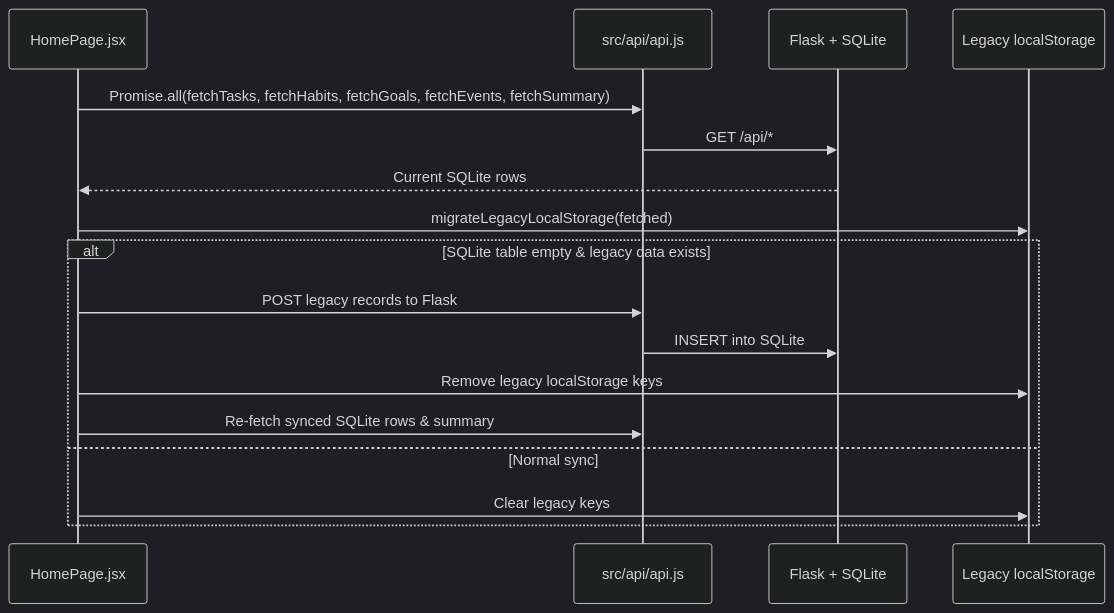
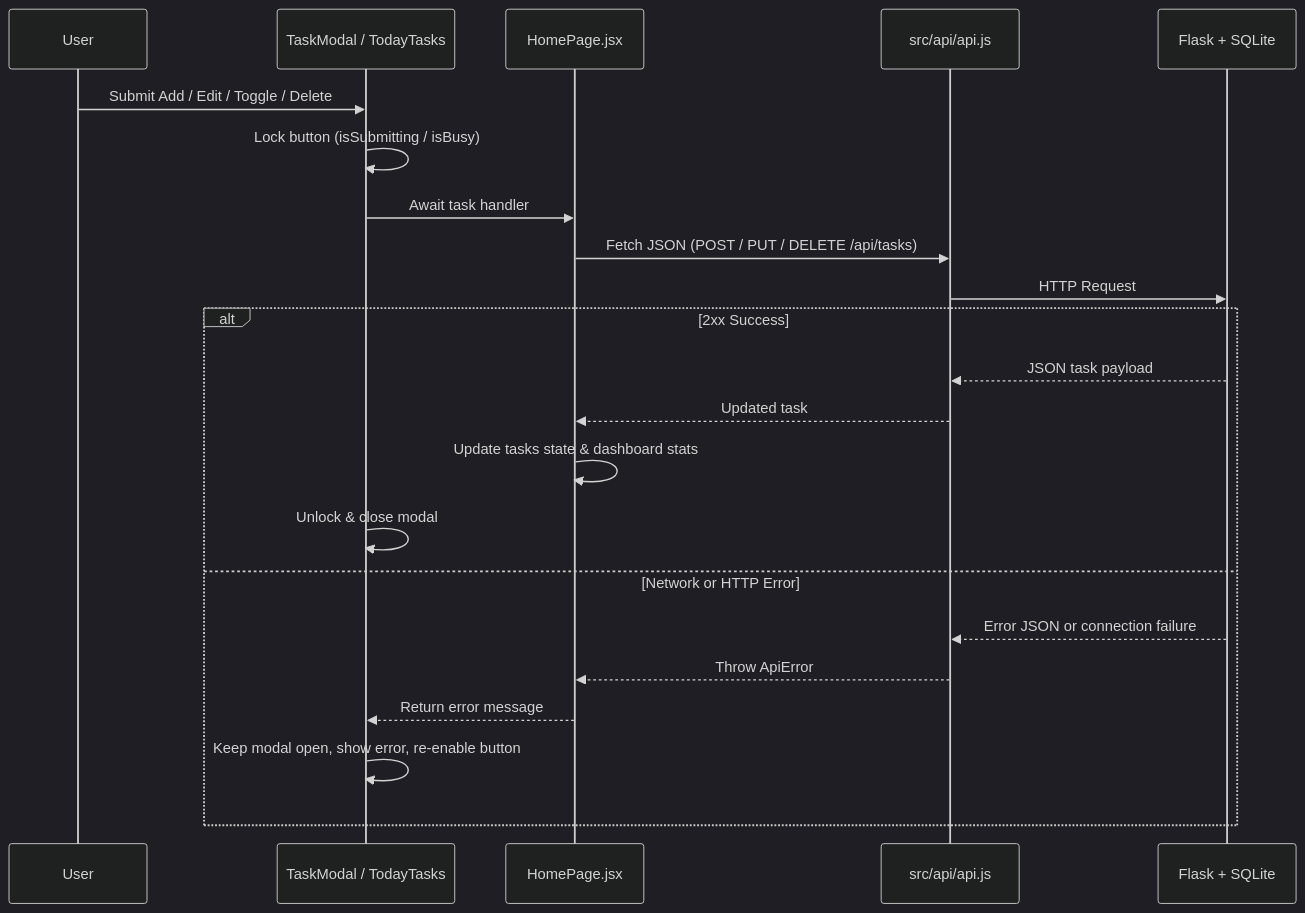
One commit to vedikamande/LifeSync changed the second of 2 diagrams in personname.md. Above: the diagram before and after it, drawn with Mermaid (dark theme). The commit also changed other lines of this file and 15 other files, not shown here.

Commit message:
Integrate Task Manager module with Flask and SQLite

````diff
--- a/personname.md
+++ b/personname.md
@@ -38,20 +44,25 @@
 ```mermaid
 sequenceDiagram
-    participant UI as HomePage.jsx
+    participant User
+    participant Modal as TaskModal / TodayTasks
+    participant Home as HomePage.jsx
     participant API as src/api/api.js
     participant Flask as Flask + SQLite
-    participant LS as Legacy localStorage
 
-    UI->>API: Promise.all(fetchTasks, fetchHabits, fetchGoals, fetchEvents, fetchSummary)
-    API->>Flask: GET /api/*
-    Flask-->>UI: Current SQLite rows
-    UI->>LS: migrateLegacyLocalStorage(fetched)
-    alt SQLite table empty & legacy data exists
-        UI->>API: POST legacy records to Flask
-        API->>Flask: INSERT into SQLite
-        UI->>LS: Remove legacy localStorage keys
-        UI->>API: Re-fetch synced SQLite rows & summary
-    else Normal sync
-        UI->>LS: Clear legacy keys
+    User->>Modal: Submit Add / Edit / Toggle / Delete
+    Modal->>Modal: Lock button (isSubmitting / isBusy)
+    Modal->>Home: Await task handler
+    Home->>API: Fetch JSON (POST / PUT / DELETE /api/tasks)
+    API->>Flask: HTTP Request
+    alt 2xx Success
+        Flask-->>API: JSON task payload
+        API-->>Home: Updated task
+        Home->>Home: Update tasks state & dashboard stats
+        Modal->>Modal: Unlock & close modal
+    else Network or HTTP Error
+        Flask-->>API: Error JSON or connection failure
+        API-->>Home: Throw ApiError
+        Home-->>Modal: Return error message
+        Modal->>Modal: Keep modal open, show error, re-enable button
     end
 ```
````
